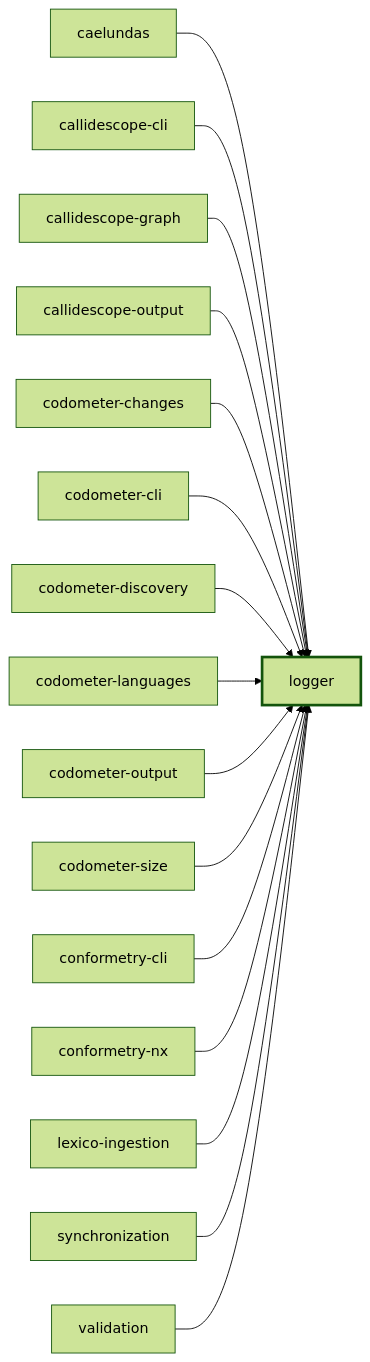
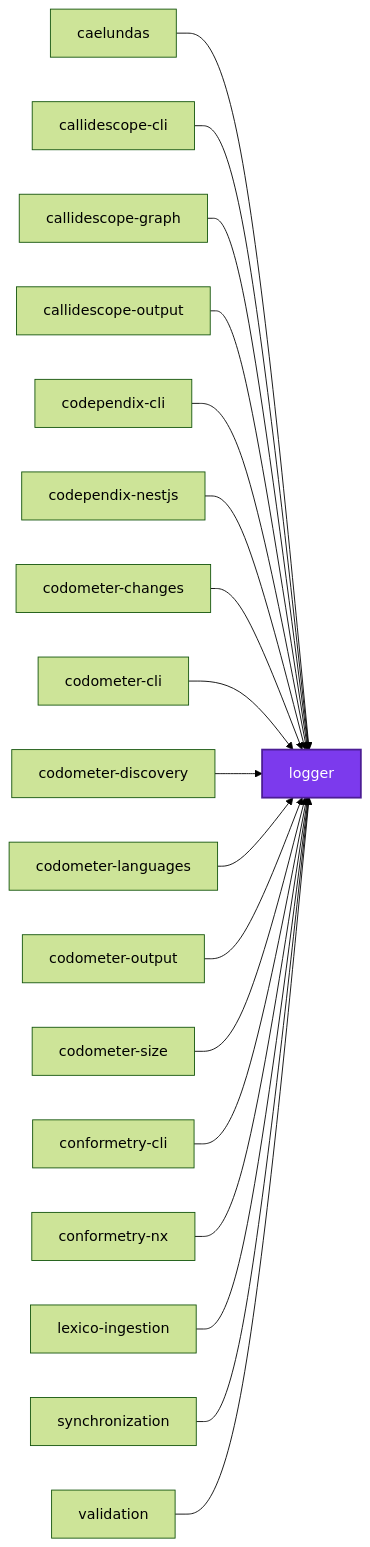
One commit to JimmyPaolini/codebase changed the first of 3 diagrams in packages/logger/README.md. Above: the diagram before and after it, drawn with Mermaid (forest theme). The commit also changed other lines of this file and 241 other files, not shown here.

First line of the commit message:
feat(codependix,synchronization,deployments,documentation,codebase): ✨ add the codependix dependency-graph export suite (#335)

````diff
--- a/packages/logger/README.md
+++ b/packages/logger/README.md
@@ -77,36 +135,40 @@
 ```mermaid
-flowchart LR
+graph LR
   caelundas["caelundas"]
   callidescope_cli["callidescope-cli"]
   callidescope_graph["callidescope-graph"]
   callidescope_output["callidescope-output"]
+  codependix_cli["codependix-cli"]
+  codependix_nestjs["codependix-nestjs"]
   codometer_changes["codometer-changes"]
   codometer_cli["codometer-cli"]
   codometer_discovery["codometer-discovery"]
   codometer_languages["codometer-languages"]
   codometer_output["codometer-output"]
   codometer_size["codometer-size"]
   conformetry_cli["conformetry-cli"]
   conformetry_nx["conformetry-nx"]
   lexico_ingestion["lexico-ingestion"]
   logger["logger"]
   synchronization["synchronization"]
   validation["validation"]
   caelundas --> logger
   callidescope_cli --> logger
   callidescope_graph --> logger
   callidescope_output --> logger
+  codependix_cli --> logger
+  codependix_nestjs --> logger
   codometer_changes --> logger
   codometer_cli --> logger
   codometer_discovery --> logger
   codometer_languages --> logger
   codometer_output --> logger
   codometer_size --> logger
   conformetry_cli --> logger
   conformetry_nx --> logger
   lexico_ingestion --> logger
   synchronization --> logger
   validation --> logger
-  classDef subject stroke-width:3px
+  classDef subject fill:#7c3aed,color:#fff,stroke:#4c1d95,stroke-width:2px
   class logger subject
 ```
````
